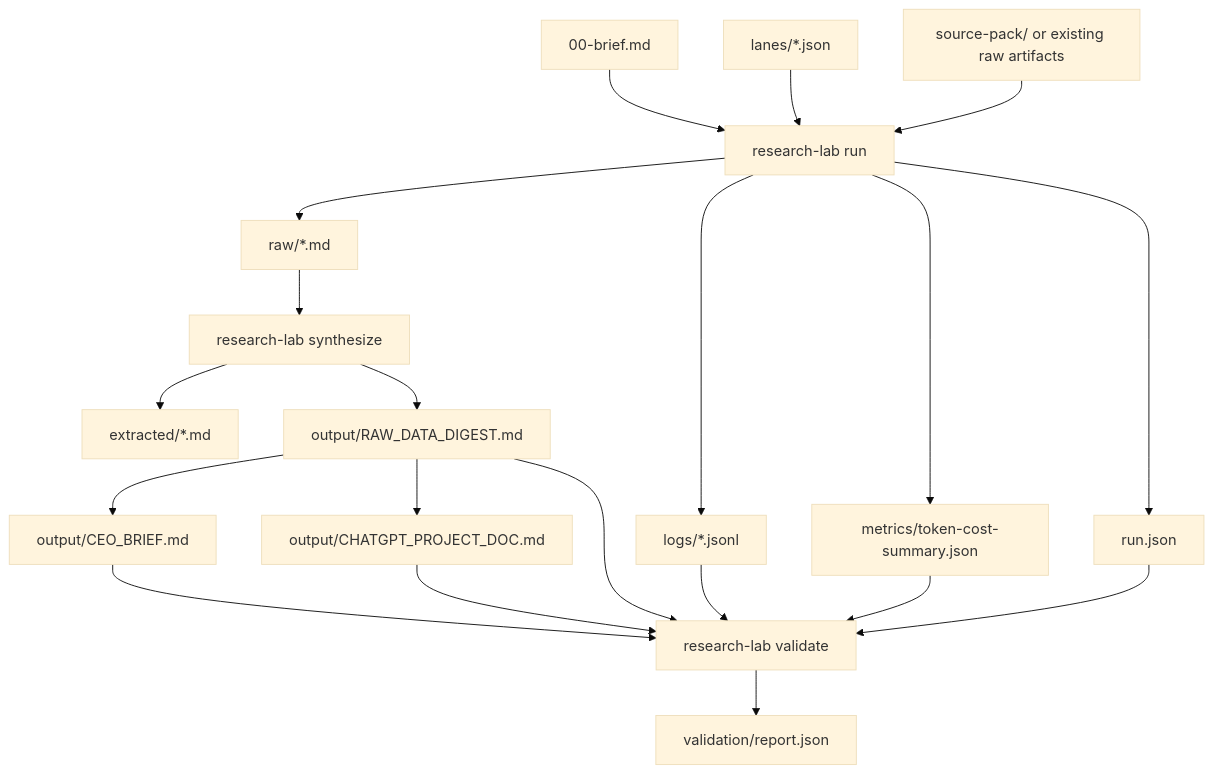
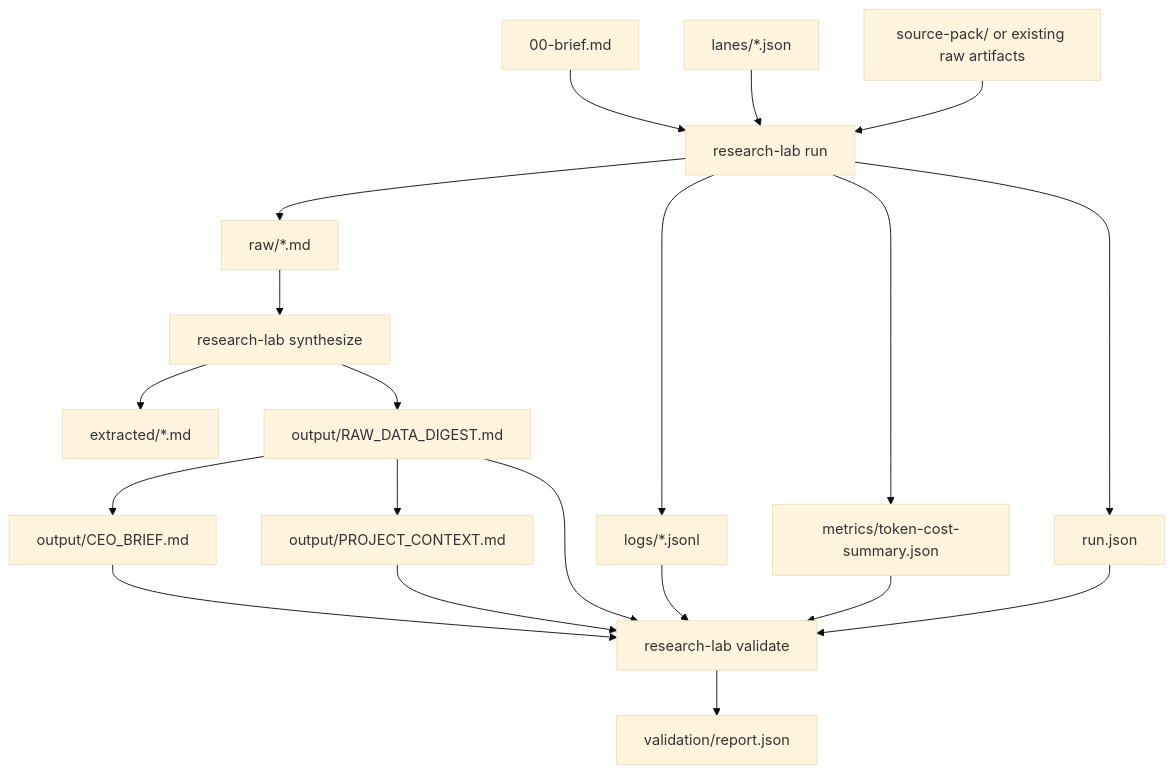
The diagram in README.md (brandoncarneiro/research-lab), drawn with Mermaid (base theme) before and after one commit. The commit also changed other lines of this file and 61 other files, not shown here.

````diff
--- a/README.md
+++ b/README.md
@@ -94,22 +97,22 @@
 ```mermaid
 flowchart TD
   Brief["00-brief.md"] --> Runner["research-lab run"]
   LaneManifests["lanes/*.json"] --> Runner
   SourcePack["source-pack/ or existing raw artifacts"] --> Runner
   Runner --> Raw["raw/*.md"]
   Runner --> Logs["logs/*.jsonl"]
   Runner --> Metrics["metrics/token-cost-summary.json"]
   Runner --> State["run.json"]
   Raw --> Synth["research-lab synthesize"]
   Synth --> Extracted["extracted/*.md"]
   Synth --> Digest["output/RAW_DATA_DIGEST.md"]
   Digest --> BriefOut["output/CEO_BRIEF.md"]
-  Digest --> ProjectDoc["output/CHATGPT_PROJECT_DOC.md"]
+  Digest --> ProjectDoc["output/PROJECT_CONTEXT.md"]
   State --> Validate["research-lab validate"]
   Logs --> Validate
   Metrics --> Validate
   Digest --> Validate
   BriefOut --> Validate
   ProjectDoc --> Validate
   Validate --> Report["validation/report.json"]
 ```
````
